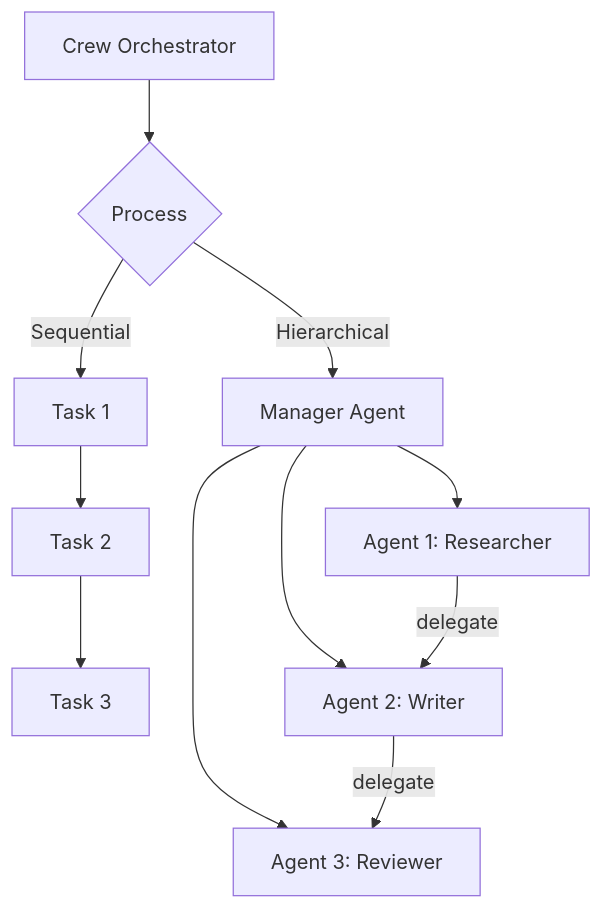
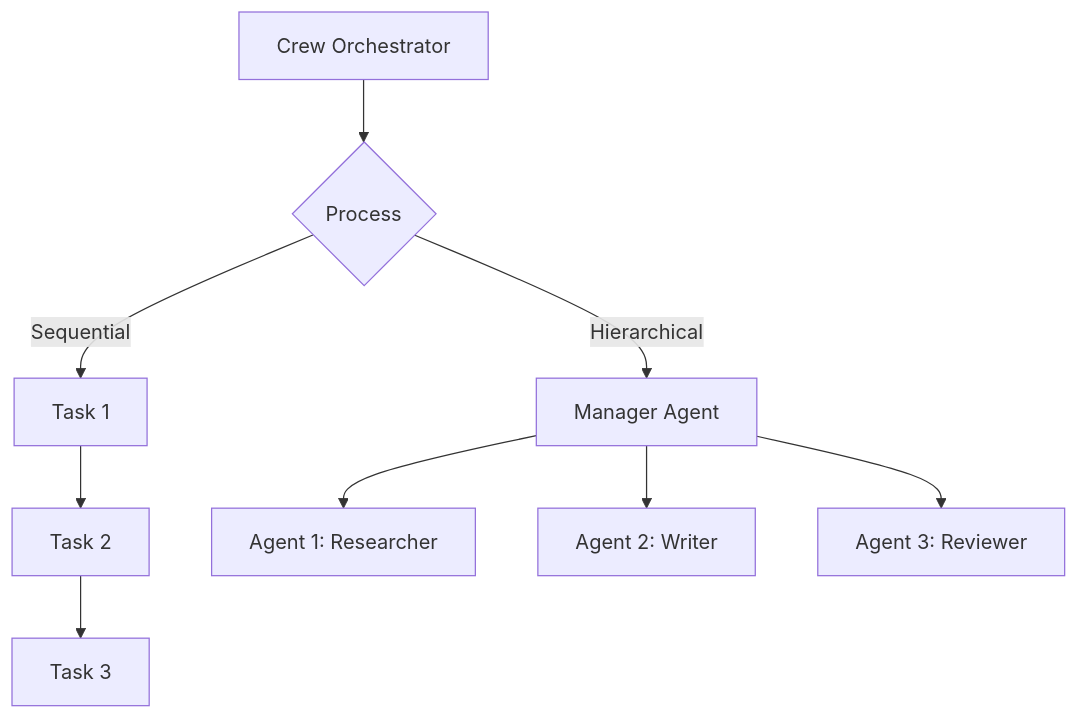
Before and after one commit to Timwood0x10/ARES: the second of 7 diagrams in docs/en/framework-comparison.md, drawn with Mermaid. The commit also changed other lines of this file and 9 other files, not shown here.

````diff
--- a/docs/en/framework-comparison.md
+++ b/docs/en/framework-comparison.md
@@ -35,11 +37,9 @@
 ```mermaid
 graph TD
     Crew[Crew Orchestrator] --> Process{Process}
     Process -->|Sequential| T1[Task 1] --> T2[Task 2] --> T3[Task 3]
     Process -->|Hierarchical| Manager[Manager Agent]
     Manager --> A1[Agent 1: Researcher]
     Manager --> A2[Agent 2: Writer]
     Manager --> A3[Agent 3: Reviewer]
-    A1 -->|delegate| A2
-    A2 -->|delegate| A3
 ```
````
